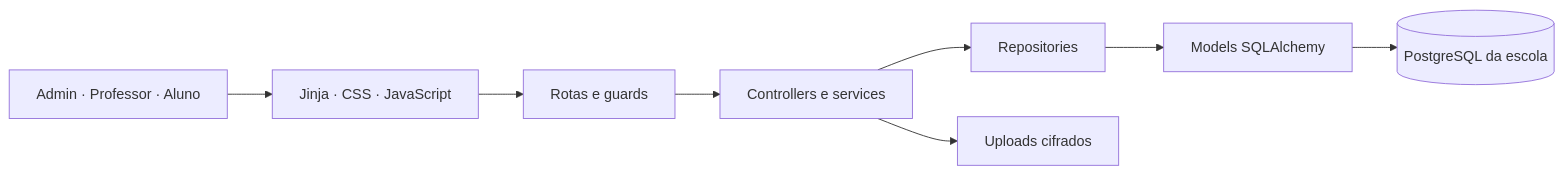
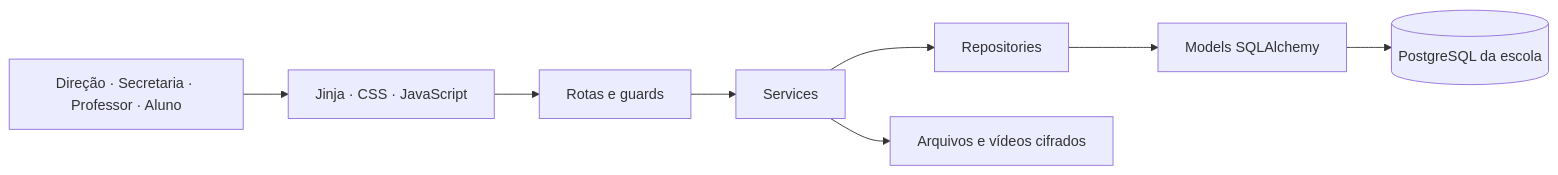
One commit to robertoqimin/edufast-2.0 changed the first of 2 diagrams in README.md. Above: the diagram before and after it, drawn with Mermaid. The commit also changed other lines of this file and 22 other files, not shown here.

````diff
--- a/README.md
+++ b/README.md
@@ -70,10 +203,10 @@
 ```mermaid
 flowchart LR
-    U[Admin · Professor · Aluno] --> UI[Jinja · CSS · JavaScript]
+    U[Direção · Secretaria · Professor · Aluno] --> UI[Jinja · CSS · JavaScript]
     UI --> R[Rotas e guards]
-    R --> S[Controllers e services]
+    R --> S[Services]
     S --> Rep[Repositories]
     Rep --> M[Models SQLAlchemy]
     M --> DB[(PostgreSQL da escola)]
-    S --> F[Uploads cifrados]
+    S --> F[Arquivos e vídeos cifrados]
 ```
````
